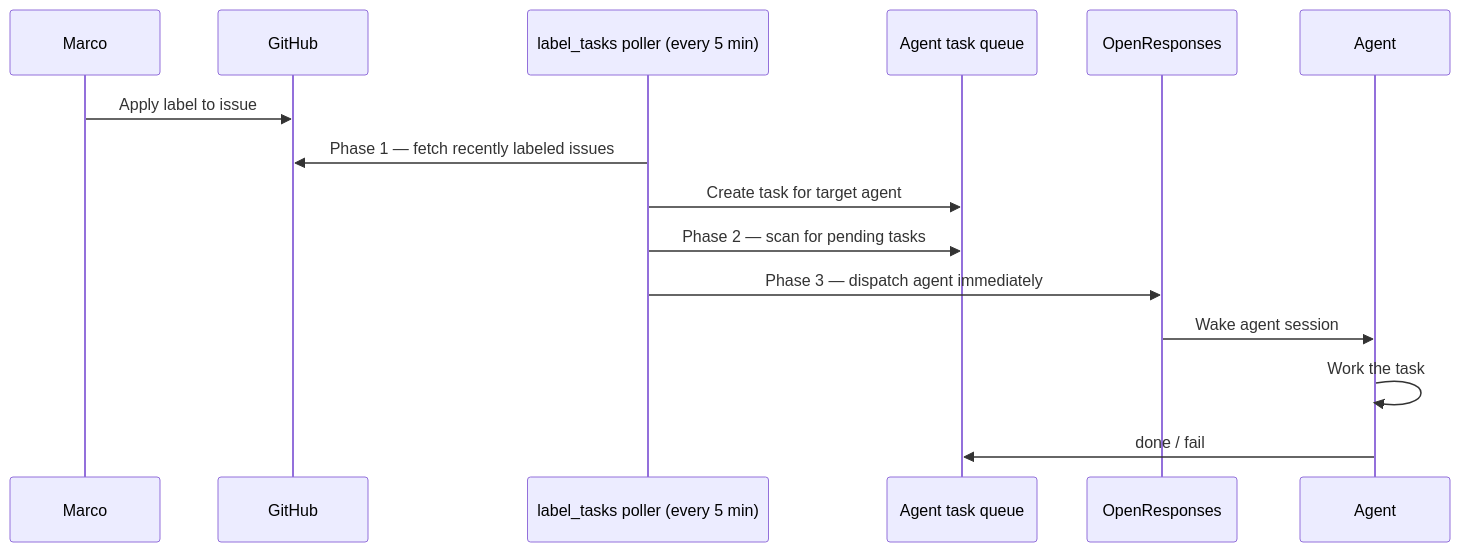
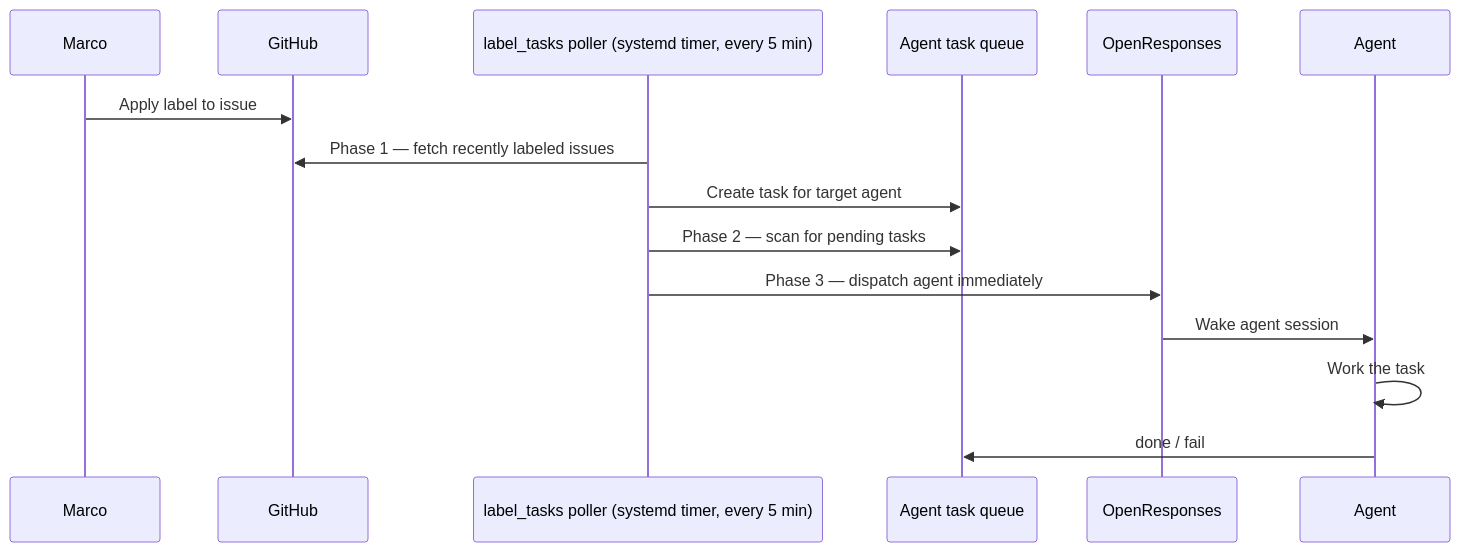
Before and after one commit to arc-eng/journeyloop-docs: the diagram in docs/engineering/label-routing.md, drawn with Mermaid. The commit also changed other lines of this file, not shown here.

Commit message:
docs: update engineering/label-routing.md — systemd timer, session dedup, retry flag, needs-human notifications

````diff
--- a/docs/engineering/label-routing.md
+++ b/docs/engineering/label-routing.md
@@ -41,18 +41,18 @@
 ```mermaid
 sequenceDiagram
     participant Marco
     participant GitHub
-    participant Poller as label_tasks poller (every 5 min)
+    participant Poller as label_tasks poller (systemd timer, every 5 min)
     participant Queue as Agent task queue
     participant OpenResponses
     participant Agent
 
     Marco->>GitHub: Apply label to issue
     Poller->>GitHub: Phase 1 — fetch recently labeled issues
     Poller->>Queue: Create task for target agent
     Poller->>Queue: Phase 2 — scan for pending tasks
     Poller->>OpenResponses: Phase 3 — dispatch agent immediately
     OpenResponses->>Agent: Wake agent session
     Agent->>Agent: Work the task
     Agent->>Queue: done / fail
 ```
````
